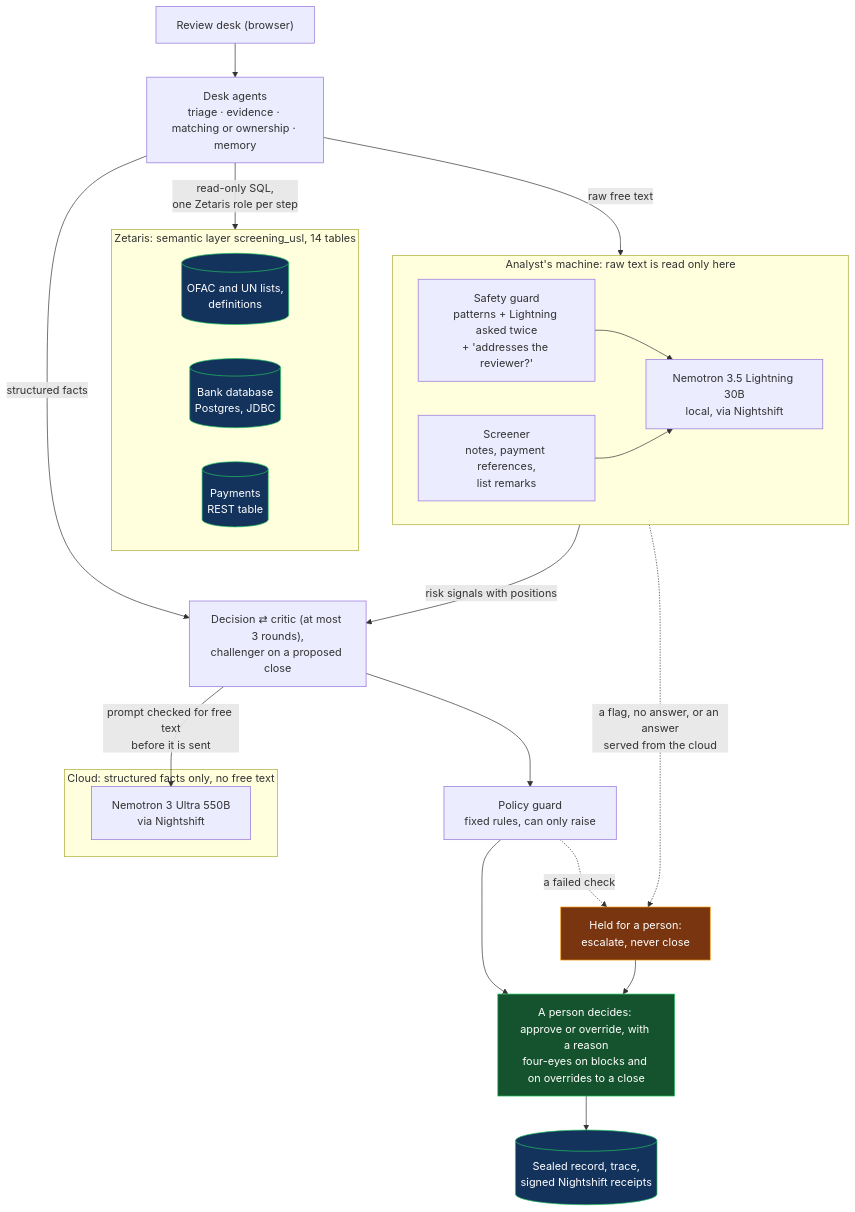
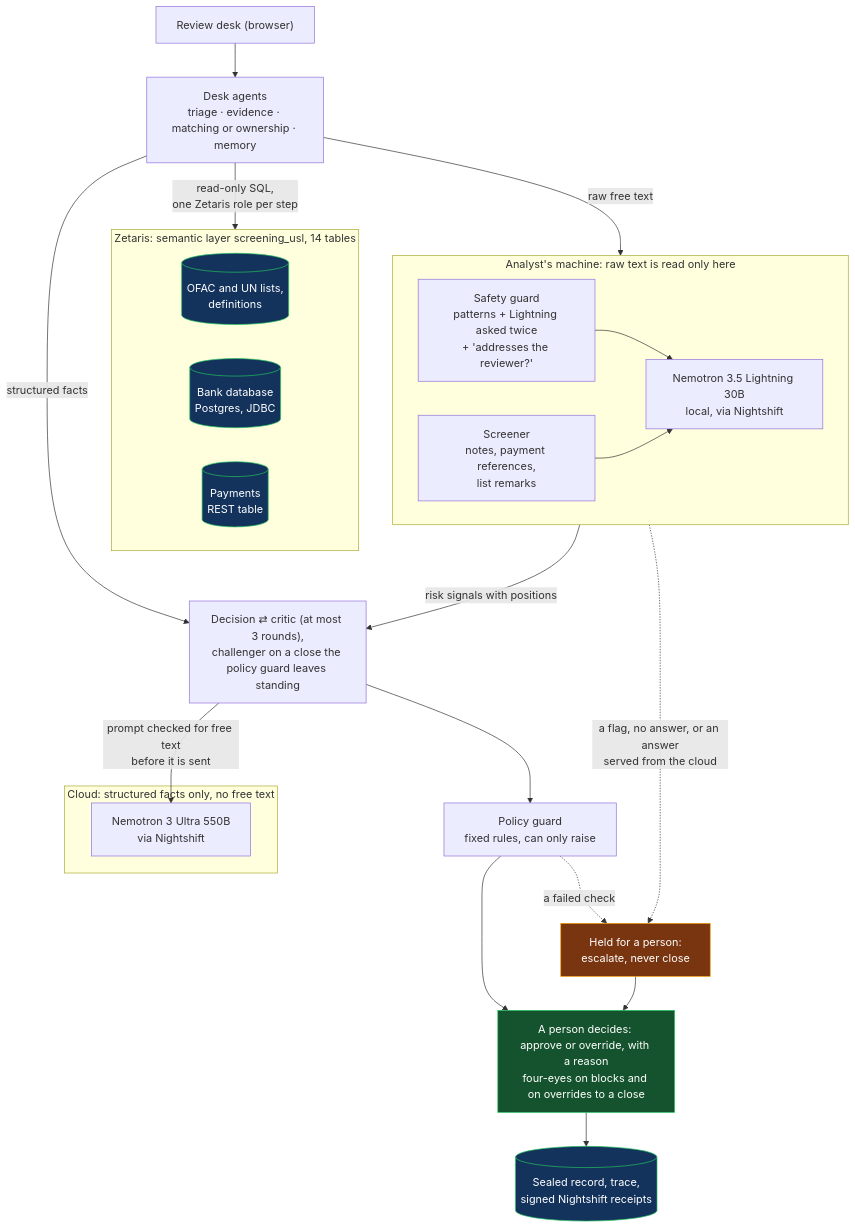
The diagram in docs/diagrams/1-architecture.mmd (rahulmahadik/sanctions-desk), drawn with Mermaid before and after one commit. The commit also changed 21 other files, not shown here.

Commit message:
Review fixes in the generators and diagrams

```diff
--- a/docs/diagrams/1-architecture.mmd
+++ b/docs/diagrams/1-architecture.mmd
@@ -1,44 +1,44 @@
 %% Architecture of one review. Labels follow the code (packages/agents/src/pipeline.ts, safety.ts, screener.ts,
 %% policy-guard.ts; config/policy.default.json). Rendered by npm run diagrams.
 flowchart TB
   classDef hold fill:#78350f,stroke:#f59e0b,color:#ffffff
   classDef store fill:#13325c,stroke:#22c55e,color:#ffffff
   classDef person fill:#14532d,stroke:#22c55e,color:#ffffff
 
   UI["Review desk (browser)"] --> DESK
 
   subgraph ZET["Zetaris: semantic layer screening_usl, 14 tables"]
     direction LR
     LISTS[("OFAC and UN lists,<br/>definitions")]:::store
     BANK[("Bank database<br/>Postgres, JDBC")]:::store
     PAY[("Payments<br/>REST table")]:::store
   end
 
   DESK["Desk agents<br/>triage · evidence · matching or ownership · memory"]
   DESK -- "read-only SQL,<br/>one Zetaris role per step" --> ZET
 
   subgraph LAPTOP["Analyst's machine: raw text is read only here"]
     direction LR
     SAFE["Safety guard<br/>patterns + Lightning asked twice<br/>+ 'addresses the reviewer?'"]
     SCREEN["Screener<br/>notes, payment references,<br/>list remarks"]
     LIGHT["Nemotron 3.5 Lightning 30B<br/>local, via Nightshift"]
     SAFE --> LIGHT
     SCREEN --> LIGHT
   end
 
-  DEC["Decision ⇄ critic (at most 3 rounds),<br/>challenger on a proposed close"]
+  DEC["Decision ⇄ critic (at most 3 rounds),<br/>challenger on a close the policy guard leaves standing"]
   subgraph CLOUD["Cloud: structured facts only, no free text"]
     ULTRA["Nemotron 3 Ultra 550B<br/>via Nightshift"]
   end
   DEC -- "prompt checked for free text<br/>before it is sent" --> ULTRA
 
   DESK -- "raw free text" --> LAPTOP
   LAPTOP -- "risk signals with positions" --> DEC
   DESK -- "structured facts" --> DEC
   DEC --> PG["Policy guard<br/>fixed rules, can only raise"]
   PG --> PERSON["A person decides: approve or override, with a reason<br/>four-eyes on blocks and on overrides to a close"]:::person
   PERSON --> REC[("Sealed record, trace,<br/>signed Nightshift receipts")]:::store
 
   LAPTOP -. "a flag, no answer, or an answer<br/>served from the cloud" .-> HOLD["Held for a person:<br/>escalate, never close"]:::hold
   PG -. "a failed check" .-> HOLD
   HOLD --> PERSON
```
